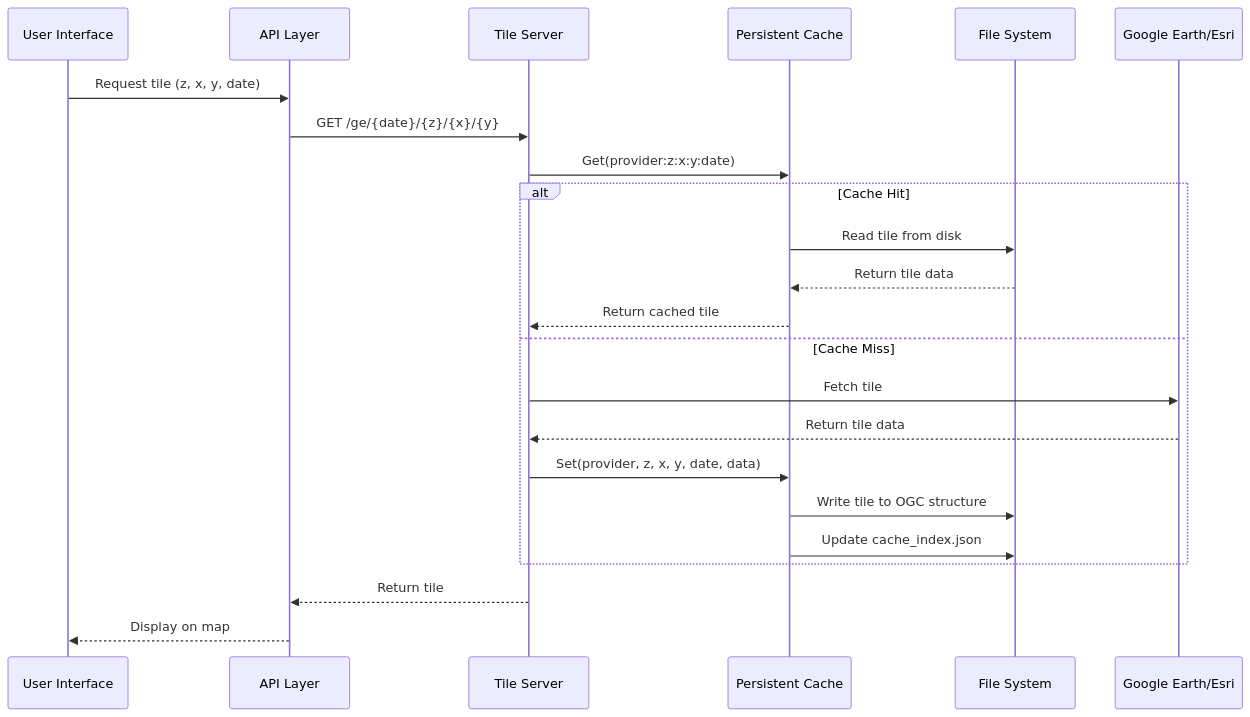
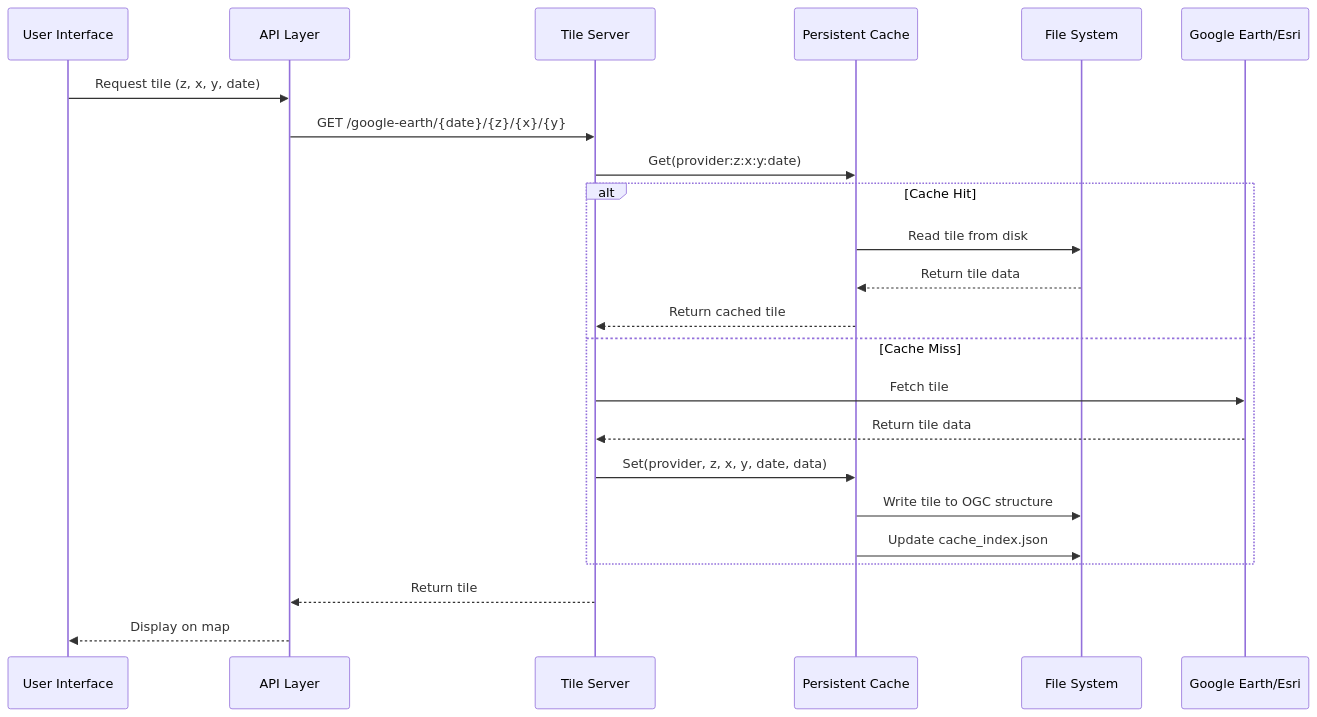
The second of 4 diagrams in README.md (walkthru-earth/imagery-desktop), drawn with Mermaid before and after one commit. The commit also changed 16 other files, not shown here.

````diff
--- a/README.md
+++ b/README.md
@@ -92,29 +92,29 @@
 ```mermaid
 sequenceDiagram
     participant UI as User Interface
     participant API as API Layer
     participant TS as Tile Server
     participant Cache as Persistent Cache
     participant Disk as File System
     participant Provider as Google Earth/Esri
 
     UI->>API: Request tile (z, x, y, date)
-    API->>TS: GET /ge/{date}/{z}/{x}/{y}
+    API->>TS: GET /google-earth/{date}/{z}/{x}/{y}
 
     TS->>Cache: Get(provider:z:x:y:date)
 
     alt Cache Hit
         Cache->>Disk: Read tile from disk
         Disk-->>Cache: Return tile data
         Cache-->>TS: Return cached tile
     else Cache Miss
         TS->>Provider: Fetch tile
         Provider-->>TS: Return tile data
         TS->>Cache: Set(provider, z, x, y, date, data)
         Cache->>Disk: Write tile to OGC structure
         Cache->>Disk: Update cache_index.json
     end
 
     TS-->>API: Return tile
     API-->>UI: Display on map
 ```
````
